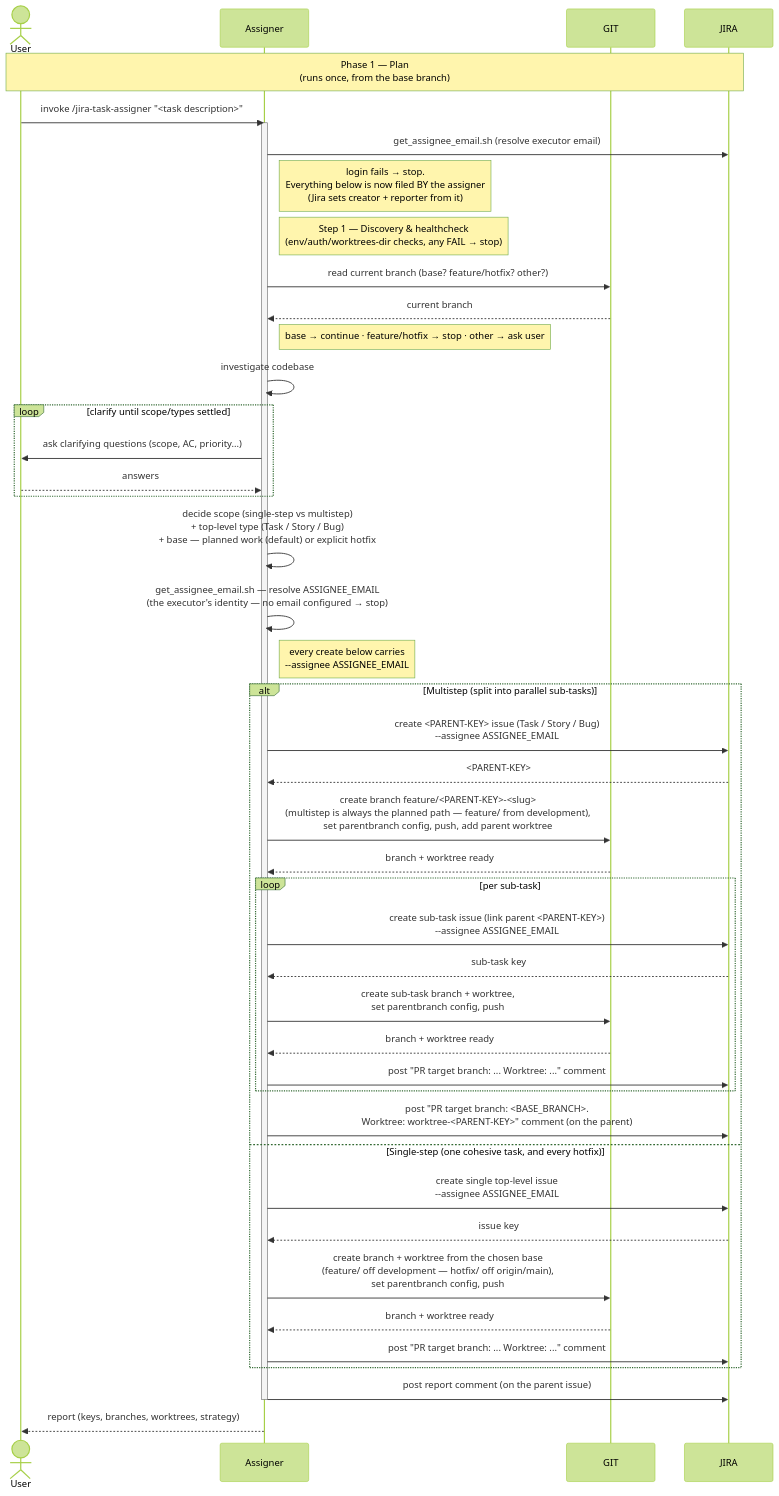
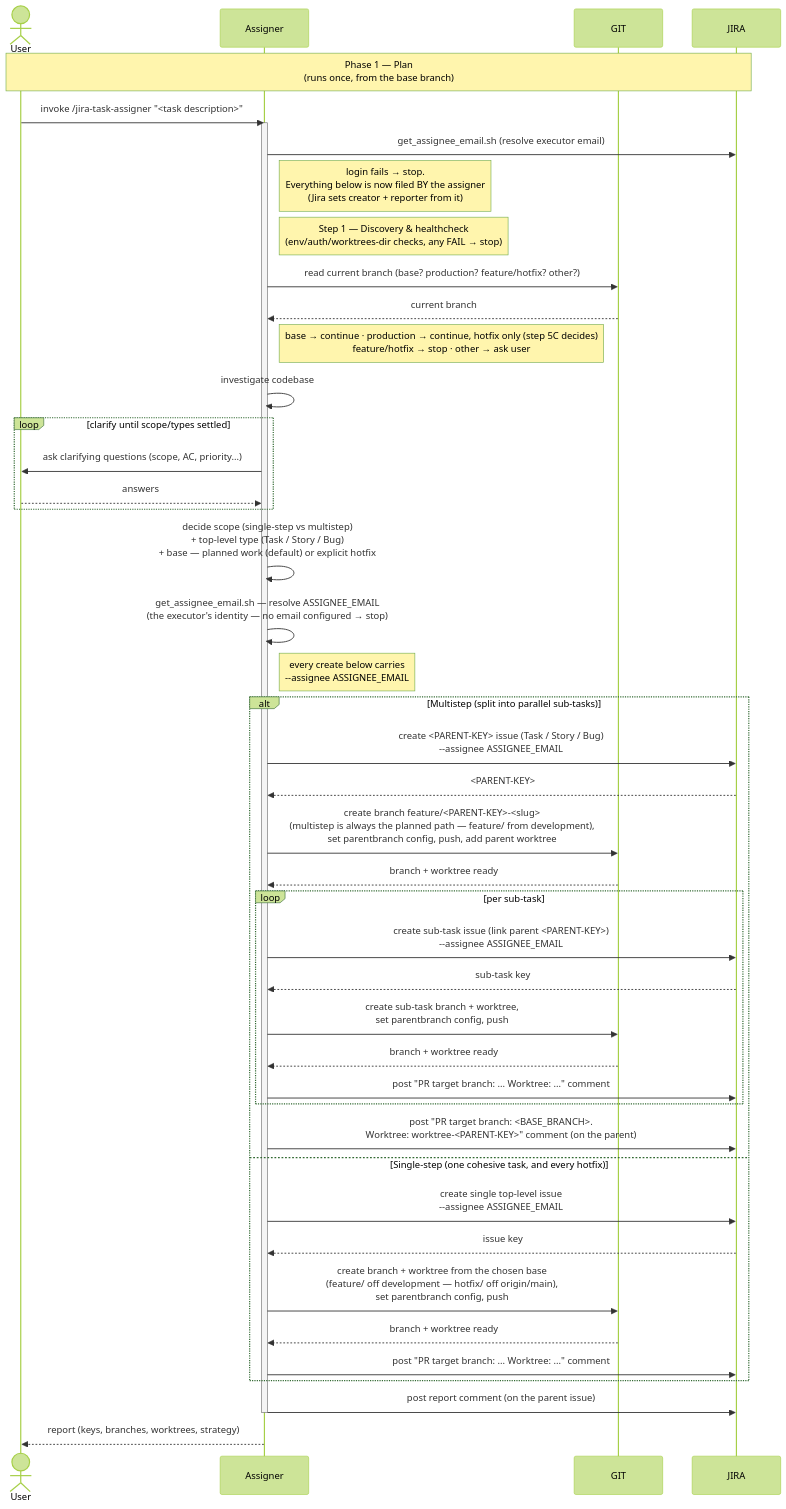
Before and after one commit to kantorv/jira-sdlc-tools: the diagram in plugins/jira-sdlc/docs/TASK-LIFECYCLE-PHASE-1.md, drawn with Mermaid (forest theme). The commit also changed other lines of this file and 3 other files, not shown here.

First line of the commit message:
JST-184 accept PRODUCTION_BRANCH as an assigner start state

````diff
--- a/plugins/jira-sdlc/docs/TASK-LIFECYCLE-PHASE-1.md
+++ b/plugins/jira-sdlc/docs/TASK-LIFECYCLE-PHASE-1.md
@@ -25,54 +26,54 @@
 ```mermaid
 sequenceDiagram
     actor User
     participant Assigner
     participant GIT
     participant JIRA
 
     Note over User,JIRA: Phase 1 — Plan<br/>(runs once, from the base branch)
     User->>Assigner: invoke /jira-task-assigner "<task description>"
 
     activate Assigner
     Assigner->>JIRA: get_assignee_email.sh (resolve executor email)
     Note right of Assigner: login fails → stop.<br/>Everything below is now filed BY the assigner<br/>(Jira sets creator + reporter from it)
     Note right of Assigner: Step 1 — Discovery & healthcheck<br/>(env/auth/worktrees-dir checks, any FAIL → stop)
-    Assigner->>GIT: read current branch (base? feature/hotfix? other?)
+    Assigner->>GIT: read current branch (base? production? feature/hotfix? other?)
     GIT-->>Assigner: current branch
-    Note right of Assigner: base → continue · feature/hotfix → stop · other → ask user
+    Note right of Assigner: base → continue · production → continue, hotfix only (step 5C decides)<br/>feature/hotfix → stop · other → ask user
     Assigner->>Assigner: investigate codebase
 
     loop clarify until scope/types settled
         Assigner->>User: ask clarifying questions (scope, AC, priority...)
         User-->>Assigner: answers
     end
 
     Assigner->>Assigner: decide scope (single-step vs multistep)<br/>+ top-level type (Task / Story / Bug)<br/>+ base — planned work (default) or explicit hotfix
 
     Assigner->>Assigner: get_assignee_email.sh — resolve ASSIGNEE_EMAIL<br/>(the executor's identity — no email configured → stop)
     Note right of Assigner: every create below carries<br/>--assignee ASSIGNEE_EMAIL
 
     alt Multistep (split into parallel sub-tasks)
         Assigner->>JIRA: create <PARENT-KEY> issue (Task / Story / Bug)<br/>--assignee ASSIGNEE_EMAIL
         JIRA-->>Assigner: <PARENT-KEY>
         Assigner->>GIT: create branch feature/<PARENT-KEY>-<slug><br/>(multistep is always the planned path — feature/ from development),<br/>set parentbranch config, push, add parent worktree
         GIT-->>Assigner: branch + worktree ready
         loop per sub-task
             Assigner->>JIRA: create sub-task issue (link parent <PARENT-KEY>)<br/>--assignee ASSIGNEE_EMAIL
             JIRA-->>Assigner: sub-task key
             Assigner->>GIT: create sub-task branch + worktree,<br/>set parentbranch config, push
             GIT-->>Assigner: branch + worktree ready
             Assigner->>JIRA: post "PR target branch: ... Worktree: ..." comment
         end
         Assigner->>JIRA: post "PR target branch: <BASE_BRANCH>.<br/>Worktree: worktree-<PARENT-KEY>" comment (on the parent)
     else Single-step (one cohesive task, and every hotfix)
         Assigner->>JIRA: create single top-level issue<br/>--assignee ASSIGNEE_EMAIL
         JIRA-->>Assigner: issue key
         Assigner->>GIT: create branch + worktree from the chosen base<br/>(feature/ off development — hotfix/ off origin/main),<br/>set parentbranch config, push
         GIT-->>Assigner: branch + worktree ready
         Assigner->>JIRA: post "PR target branch: ... Worktree: ..." comment
     end
     Assigner->>JIRA: post report comment (on the parent issue)
     deactivate Assigner
 
     Assigner-->>User: report (keys, branches, worktrees, strategy)
 ```
````
